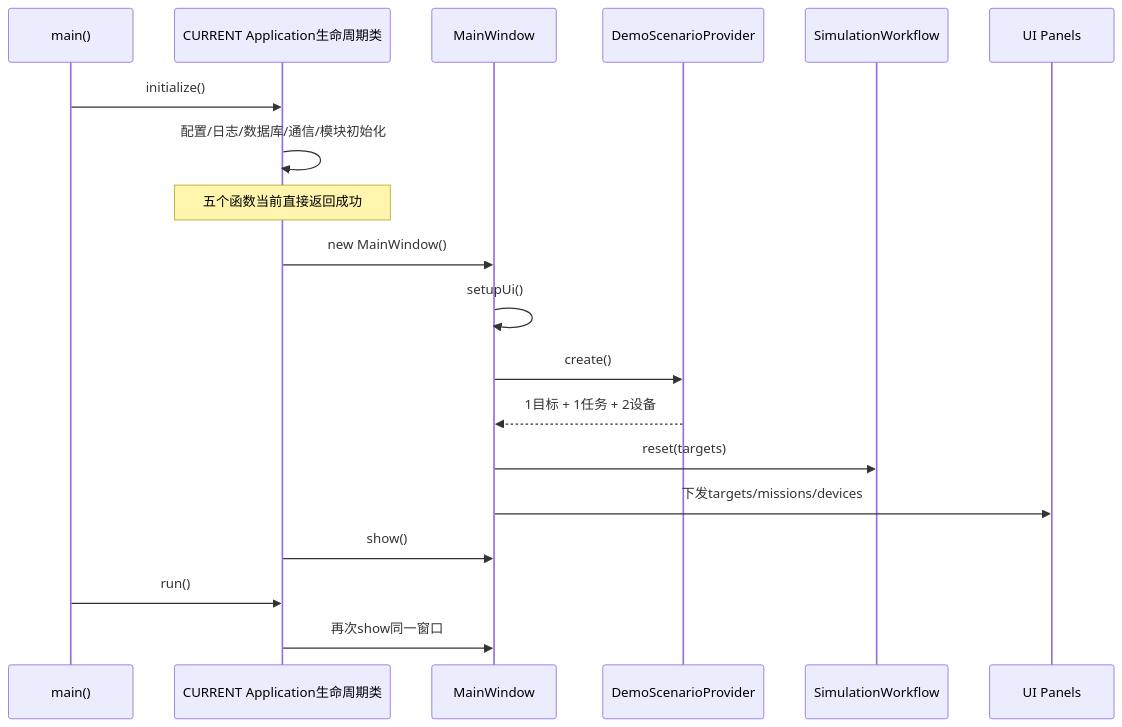
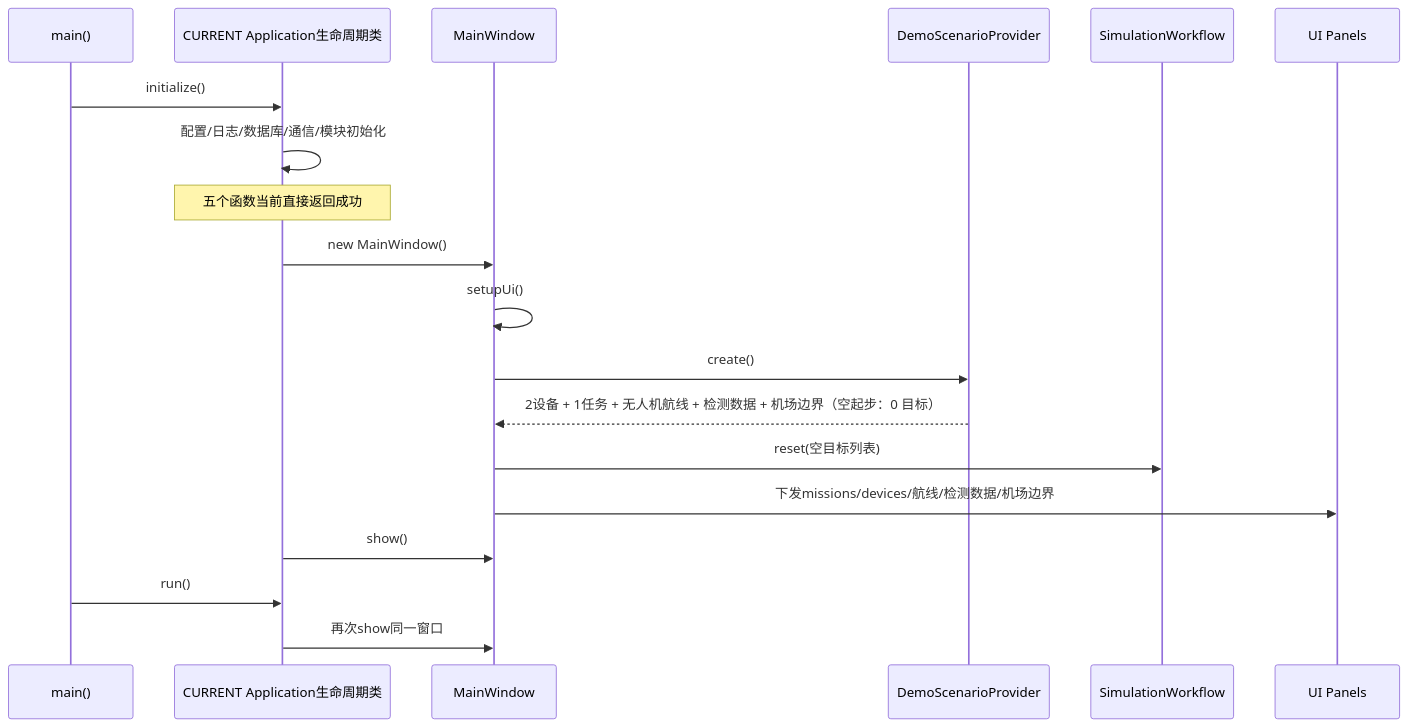
Before and after one commit to wbzzzd/UXO_v1: the second of 6 diagrams in docs/ARCHITECTURE.md, drawn with Mermaid. The commit also changed other lines of this file and 9 other files, not shown here.

````diff
--- a/docs/ARCHITECTURE.md
+++ b/docs/ARCHITECTURE.md
@@ -42,22 +42,22 @@
 ```mermaid
 sequenceDiagram
     participant Main as main()
     participant App as CURRENT Application生命周期类
     participant Window as MainWindow
     participant Demo as DemoScenarioProvider
     participant Flow as SimulationWorkflow
     participant Panels as UI Panels
 
     Main->>App: initialize()
     App->>App: 配置/日志/数据库/通信/模块初始化
     Note over App: 五个函数当前直接返回成功
     App->>Window: new MainWindow()
     Window->>Window: setupUi()
     Window->>Demo: create()
-    Demo-->>Window: 1目标 + 1任务 + 2设备
-    Window->>Flow: reset(targets)
-    Window->>Panels: 下发targets/missions/devices
+    Demo-->>Window: 2设备 + 1任务 + 无人机航线 + 检测数据 + 机场边界（空起步：0 目标）
+    Window->>Flow: reset(空目标列表)
+    Window->>Panels: 下发missions/devices/航线/检测数据/机场边界
     App->>Window: show()
     Main->>App: run()
     App->>Window: 再次show同一窗口
 ```
````
